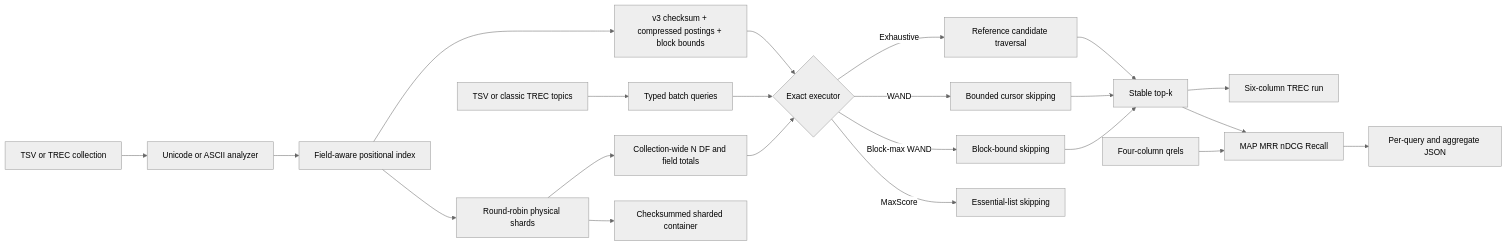
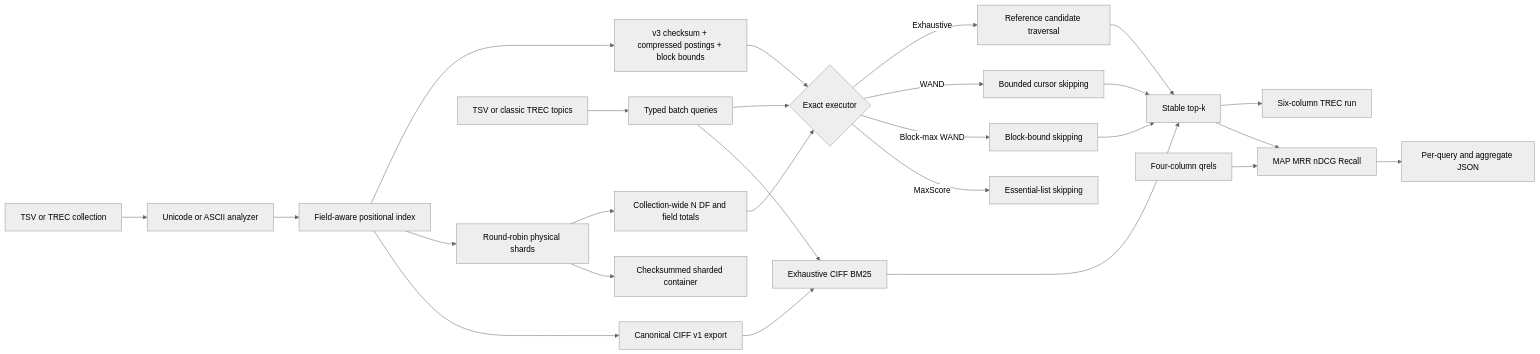
The diagram in README.md (appleweiping/IndexSail), drawn with Mermaid (neutral theme) before and after one commit. The commit also changed other lines of this file and 17 other files, not shown here.

````diff
--- a/README.md
+++ b/README.md
@@ -39,24 +42,28 @@
 ```mermaid
 flowchart LR
     A[TSV or TREC collection] --> B[Unicode or ASCII analyzer]
     B --> C[Field-aware positional index]
     C --> D[v3 checksum + compressed postings + block bounds]
     C --> S[Round-robin physical shards]
+    C --> I[Canonical CIFF v1 export]
     S --> G[Collection-wide N DF and field totals]
     S --> SD[Checksummed sharded container]
     T[TSV or classic TREC topics] --> Q[Typed batch queries]
     D --> E{Exact executor}
     Q --> E
     E -->|Exhaustive| X[Reference candidate traversal]
     E -->|WAND| W[Bounded cursor skipping]
     E -->|Block-max WAND| BW[Block-bound skipping]
     E -->|MaxScore| MS[Essential-list skipping]
     X --> K[Stable top-k]
     W --> K
     BW --> K
     G --> E
+    I --> CE[Exhaustive CIFF BM25]
+    Q --> CE
+    CE --> K
     K --> R[Six-column TREC run]
     J[Four-column qrels] --> M[MAP MRR nDCG Recall]
     K --> M
     M --> O[Per-query and aggregate JSON]
 ```
````
